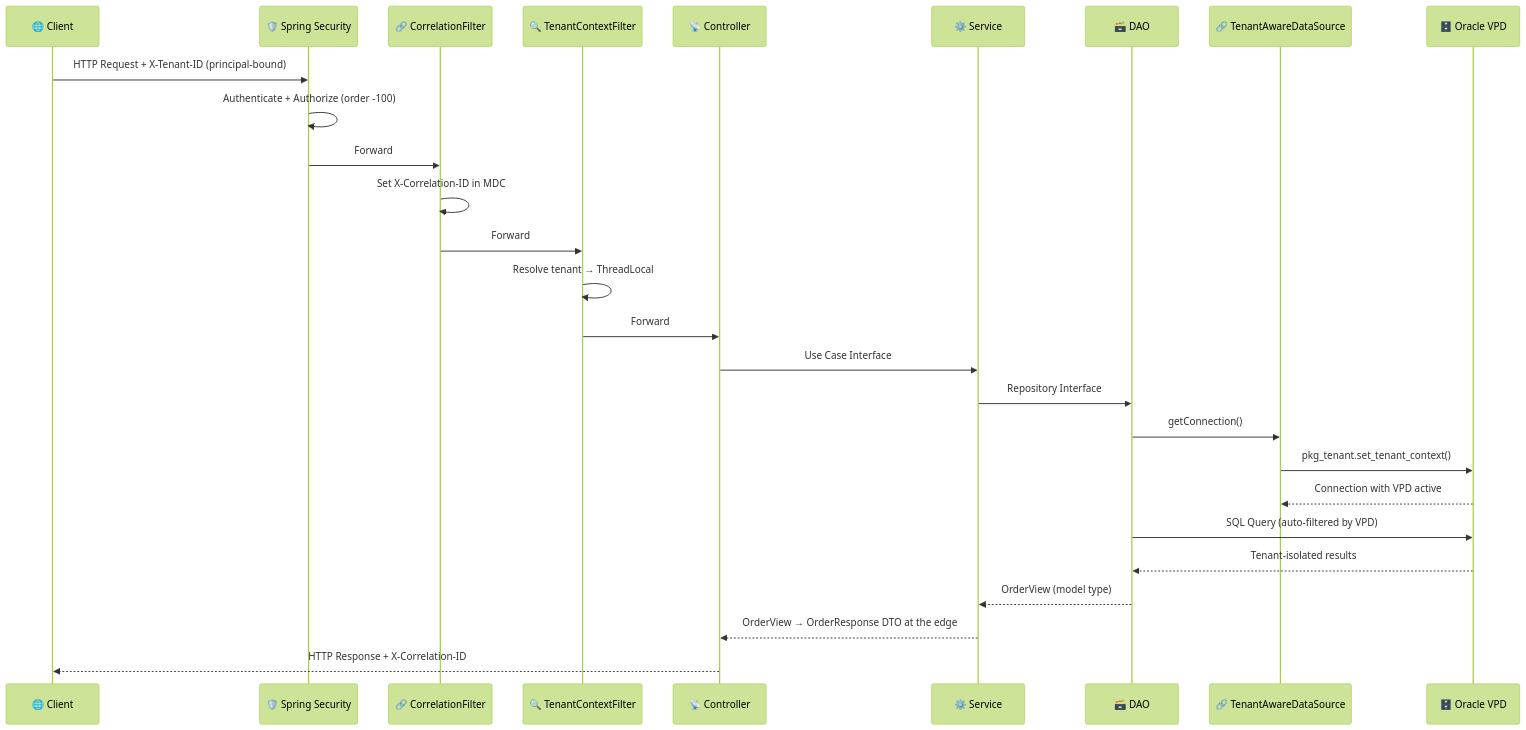
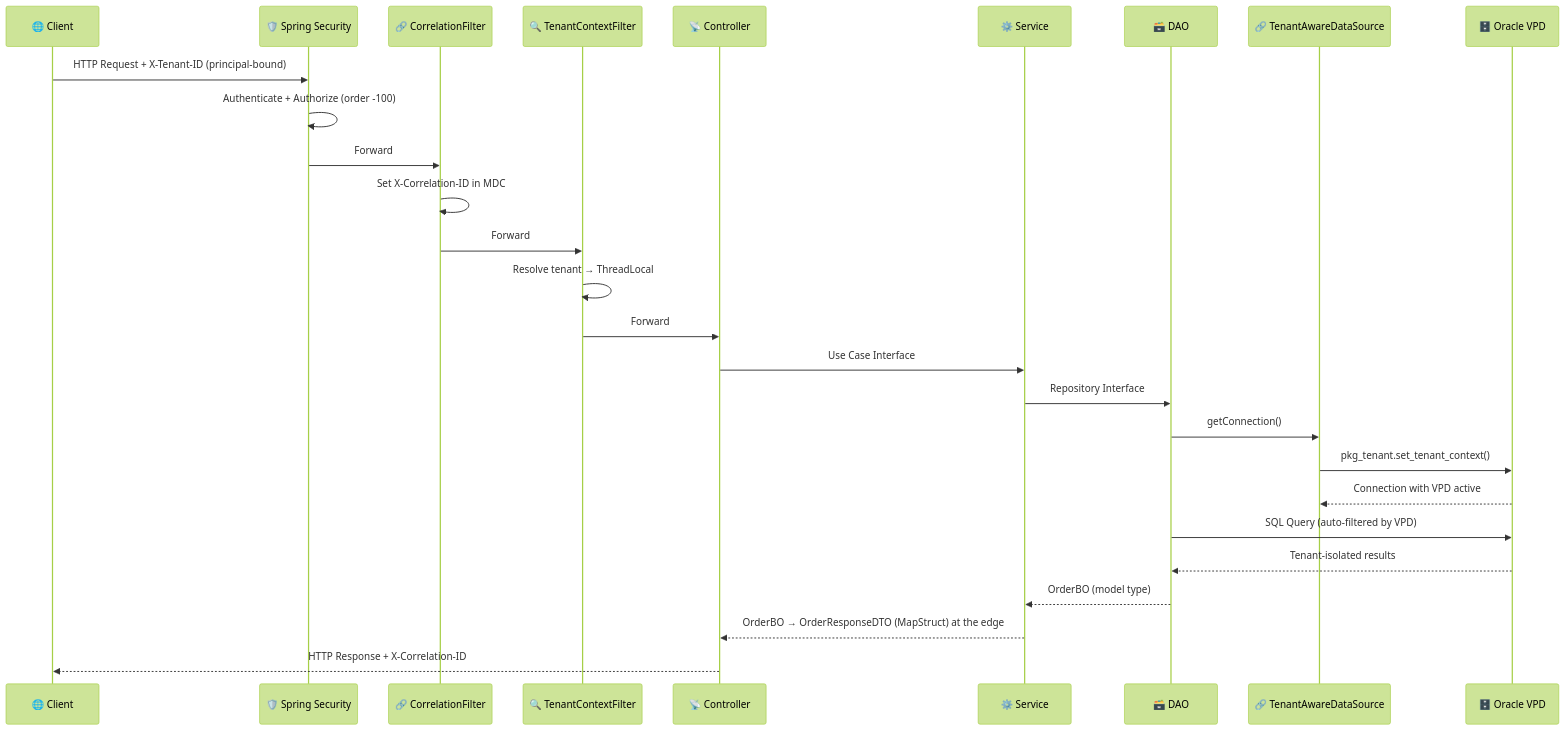
Before and after one commit to sergio11/oracle_multitenant_order_management_poc: the seventh of 8 diagrams in README.md, drawn with Mermaid (forest theme). The commit also changed other lines of this file and 46 other files, not shown here.

````diff
--- a/README.md
+++ b/README.md
@@ -277,30 +277,30 @@
 ```mermaid
 sequenceDiagram
     participant C as 🌐 Client
     participant SS as 🛡️ Spring Security
     participant CF as 🔗 CorrelationFilter
     participant TF as 🔍 TenantContextFilter
     participant CO as 📡 Controller
     participant SV as ⚙️ Service
     participant DA as 🗃️ DAO
     participant DS as 🔗 TenantAwareDataSource
     participant DB as 🗄️ Oracle VPD
 
     C->>SS: HTTP Request + X-Tenant-ID (principal-bound)
     SS->>SS: Authenticate + Authorize (order -100)
     SS->>CF: Forward
     CF->>CF: Set X-Correlation-ID in MDC
     CF->>TF: Forward
     TF->>TF: Resolve tenant → ThreadLocal
     TF->>CO: Forward
     CO->>SV: Use Case Interface
     SV->>DA: Repository Interface
     DA->>DS: getConnection()
     DS->>DB: pkg_tenant.set_tenant_context()
     DB-->>DS: Connection with VPD active
     DA->>DB: SQL Query (auto-filtered by VPD)
     DB-->>DA: Tenant-isolated results
-    DA-->>SV: OrderView (model type)
-    SV-->>CO: OrderView → OrderResponse DTO at the edge
+    DA-->>SV: OrderBO (model type)
+    SV-->>CO: OrderBO → OrderResponseDTO (MapStruct) at the edge
     CO-->>C: HTTP Response + X-Correlation-ID
 ```
````
